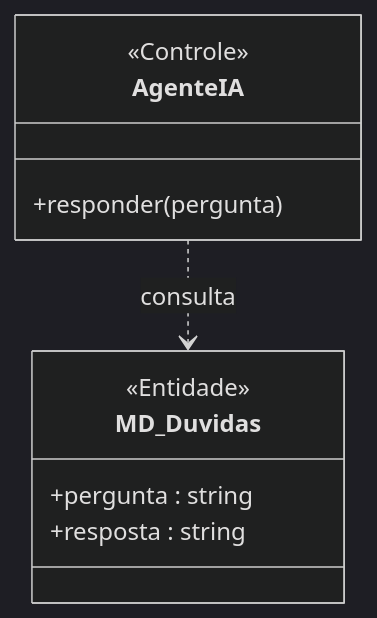
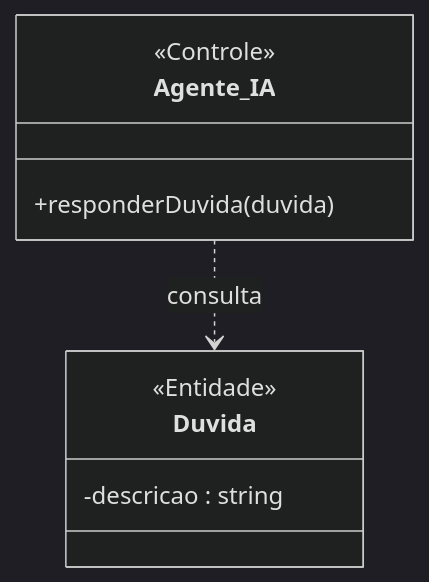
Before and after one commit to MayconDIS/PIM_III-Documentacao_UML: diagram 15 of 30 in 01_Relatorios_e_Dashboard/DASHBOARD_VISUAL.md, drawn with Mermaid (dark theme). The commit also changed other lines of this file and 234 other files, not shown here.

````diff
--- a/01_Relatorios_e_Dashboard/DASHBOARD_VISUAL.md
+++ b/01_Relatorios_e_Dashboard/DASHBOARD_VISUAL.md
@@ -301,13 +297,12 @@
 ```mermaid
 classDiagram
-    class AgenteIA {
+    class Agente_IA {
         <<Controle>>
-        +responder(pergunta)
+        +responderDuvida(duvida)
     }
-    class MD_Duvidas {
+    class Duvida {
         <<Entidade>>
-        +pergunta : string
-        +resposta : string
+        -descricao : string
     }
-    AgenteIA ..> MD_Duvidas : consulta
+    Agente_IA ..> Duvida : consulta
 ```
````
